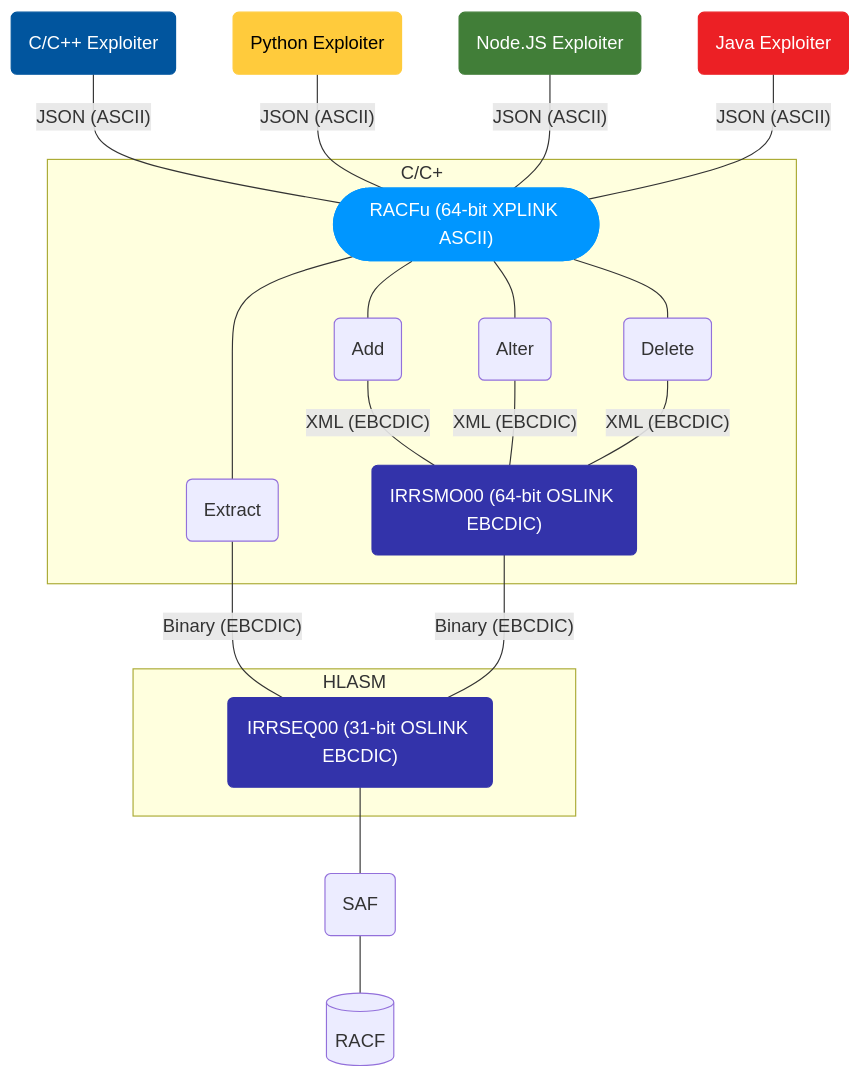
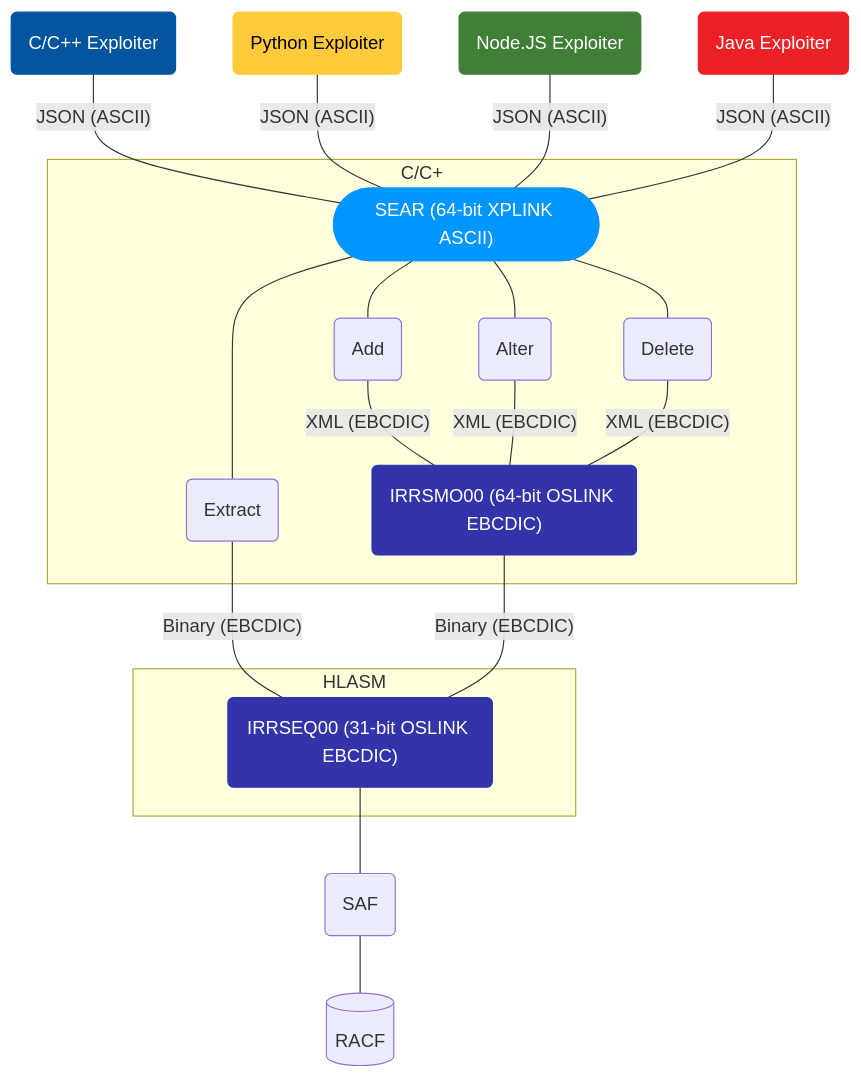
The diagram in index.md (Mainframe-Renewal-Project/sear-docs), drawn with Mermaid before and after one commit.

Commit message:
Removed RACFu name from architecture graph

```diff
--- a/index.md
+++ b/index.md
@@ -93,31 +93,31 @@
 <pre class="mermaid">
   flowchart TD
     c(C/C++ Exploiter)-- JSON (ASCII) ---RACFu
     style c fill:#01559e,color:#fff,stroke:#01559e
     python(Python Exploiter)-- JSON (ASCII) ---RACFu
     style python fill:#ffcb3c,color:#000,stroke:#ffcb3c
     nodejs(Node.JS Exploiter)-- JSON (ASCII) ---RACFu
     style nodejs fill:#417e38,color:#fff,stroke:#417e38
     java(Java Exploiter)-- JSON (ASCII) ---RACFu
     style java fill:#ec2025,color:#fff,stroke:#ec2025
     subgraph C/C+
-        RACFu(["RACFu (64-bit XPLINK ASCII)"])
+        RACFu(["SEAR (64-bit XPLINK ASCII)"])
         style RACFu fill:#0096ff,color:#fff,stroke:#0096ff
         RACFu --- Extract(Extract)
         RACFu --- Add(Add)
         RACFu --- Alter(Alter)
         RACFu --- Delete(Delete)
         Add-- XML (EBCDIC) ---IRRSMO00("IRRSMO00 (64-bit OSLINK EBCDIC)")
         Alter-- XML (EBCDIC) ---IRRSMO00
         Delete-- XML (EBCDIC) ---IRRSMO00
         style IRRSMO00 fill:#33a,color:#fff,stroke:#33a
     end
     subgraph HLASM
         Extract-- Binary (EBCDIC) ---IRRSEQ00("IRRSEQ00 (31-bit OSLINK EBCDIC)")
         IRRSMO00-- Binary (EBCDIC) ---IRRSEQ00
         style IRRSEQ00 fill:#33a,color:#fff,stroke:#33a
     end
     IRRSEQ00 --- SAF(SAF)
     SAF --- RACF[(RACF)]
 
 </pre>
```
